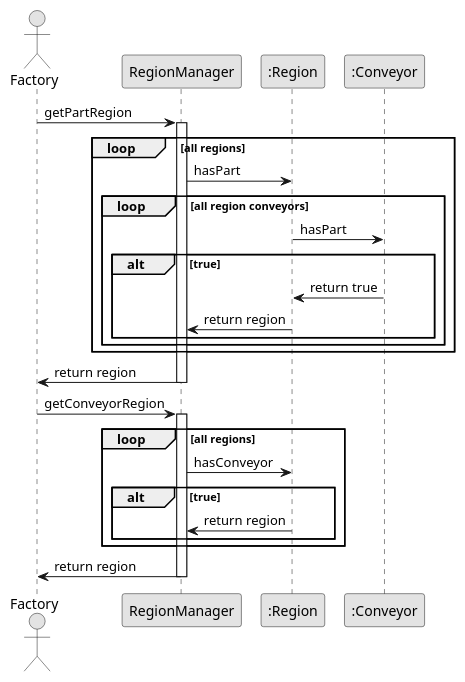
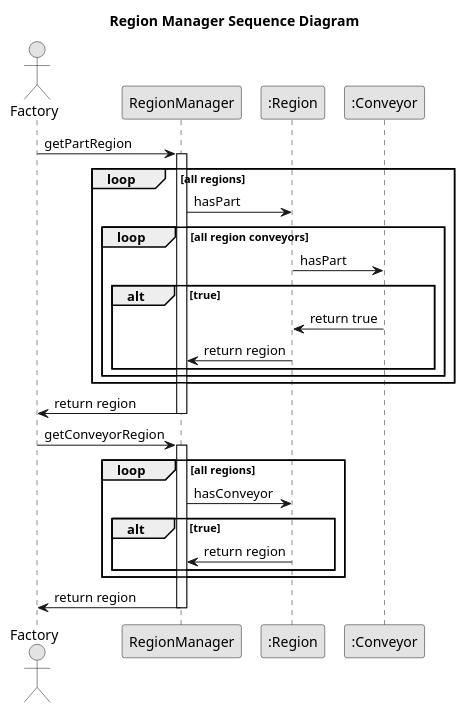
One commit to avrocha/plant-floor-control changed the diagram in docs/sequence_uml/region_manager.puml. Above: the diagram before and after it, drawn with PlantUML. The commit also changed 35 other files, not shown here.

Commit message:
UML: Added titles, organized images and created generation script

```diff
--- a/docs/sequence_uml/region_manager.puml
+++ b/docs/sequence_uml/region_manager.puml
@@ -1,40 +1,42 @@
 @startuml
 skinparam linetype ortho
 skinparam Monochrome true
 skinparam classAttributeIconSize 0
+
+title Region Manager Sequence Diagram
 
 actor Factory as Factory
 
 Factory -> RegionManager: getPartRegion
 activate RegionManager
 
 loop all regions
     RegionManager -> ":Region": hasPart
    
     loop all region conveyors
         ":Region" -> ":Conveyor": hasPart
 
         alt true
             ":Conveyor" -> ":Region": return true
             ":Region" -> "RegionManager": return region
         end
     end
 end
 
 RegionManager -> Factory: return region
 deactivate RegionManager
 
 Factory -> RegionManager: getConveyorRegion
 activate RegionManager
 
 loop all regions
     RegionManager -> ":Region": hasConveyor
    
     alt true
         ":Region" -> "RegionManager": return region
     end
 end
 
 RegionManager -> Factory: return region
 deactivate RegionManager
 @enduml
```
